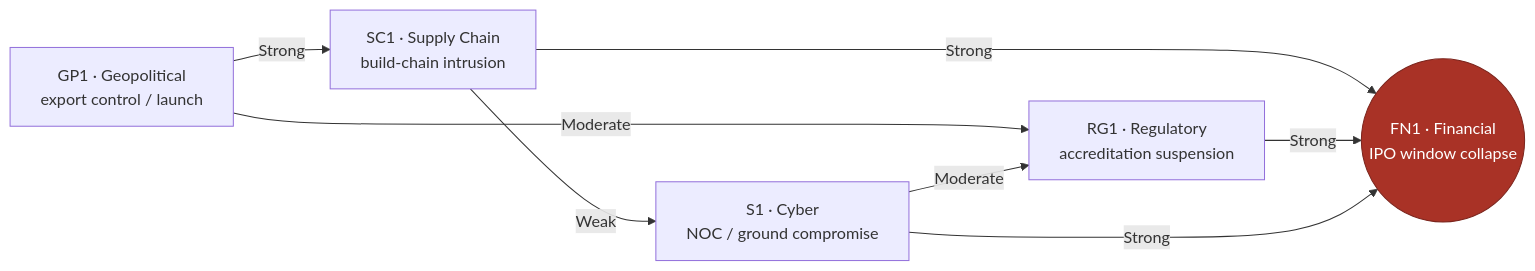
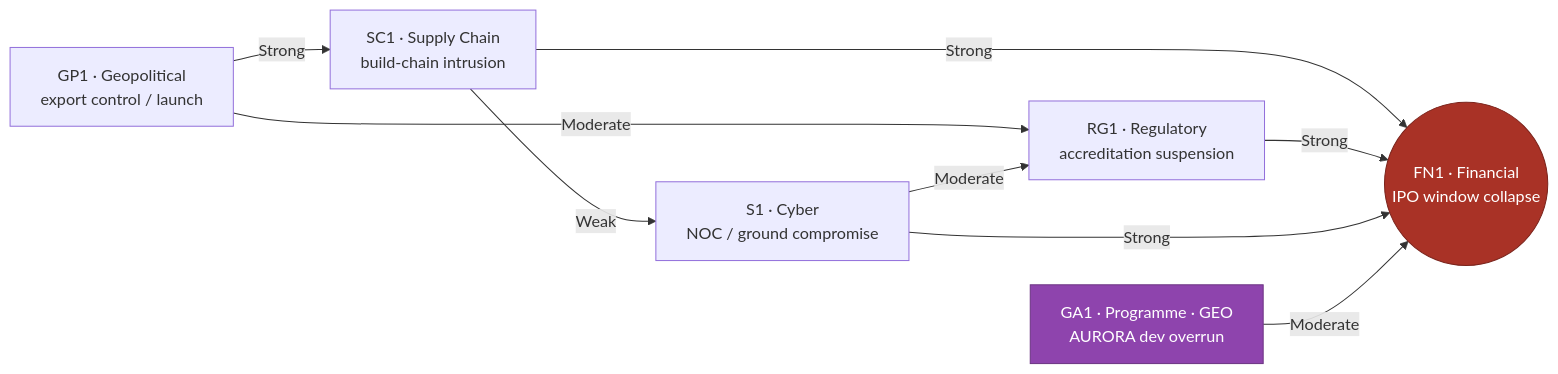
One commit to oallaire-cyber/ODT_Sourcebook changed the diagram in 03 - Bestiary/Bestiary Index.md. Above: the diagram before and after it, drawn with Mermaid. The commit also changed other lines of this file and 17 other files, not shown here.

````diff
--- a/03 - Bestiary/Bestiary Index.md
+++ b/03 - Bestiary/Bestiary Index.md
@@ -25,12 +26,15 @@
 ```mermaid
 graph LR
   GP1[GP1 · Geopolitical<br/>export control / launch] -->|Strong| SC1[SC1 · Supply Chain<br/>build-chain intrusion]
   GP1 -->|Moderate| RG1[RG1 · Regulatory<br/>accreditation suspension]
   SC1 -->|Weak| S1[S1 · Cyber<br/>NOC / ground compromise]
   S1 -->|Moderate| RG1
   SC1 -->|Strong| FN1((FN1 · Financial<br/>IPO window collapse))
   RG1 -->|Strong| FN1
   S1  -->|Strong| FN1
+  GA1[GA1 · Programme · GEO<br/>AURORA dev overrun] -->|Moderate| FN1
   classDef sink fill:#a93226,color:#fff,stroke:#7b241c;
+  classDef geo fill:#8e44ad,color:#fff,stroke:#6c3483;
   class FN1 sink;
+  class GA1 geo;
 ```
````
